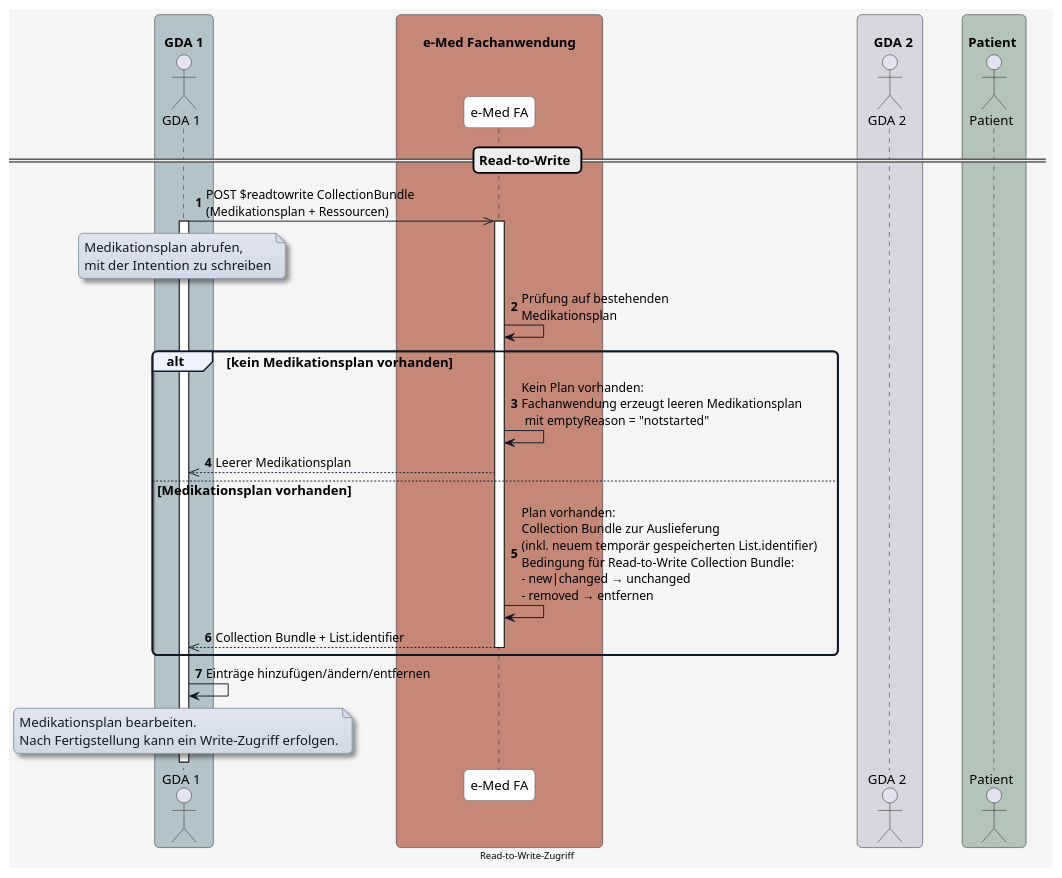
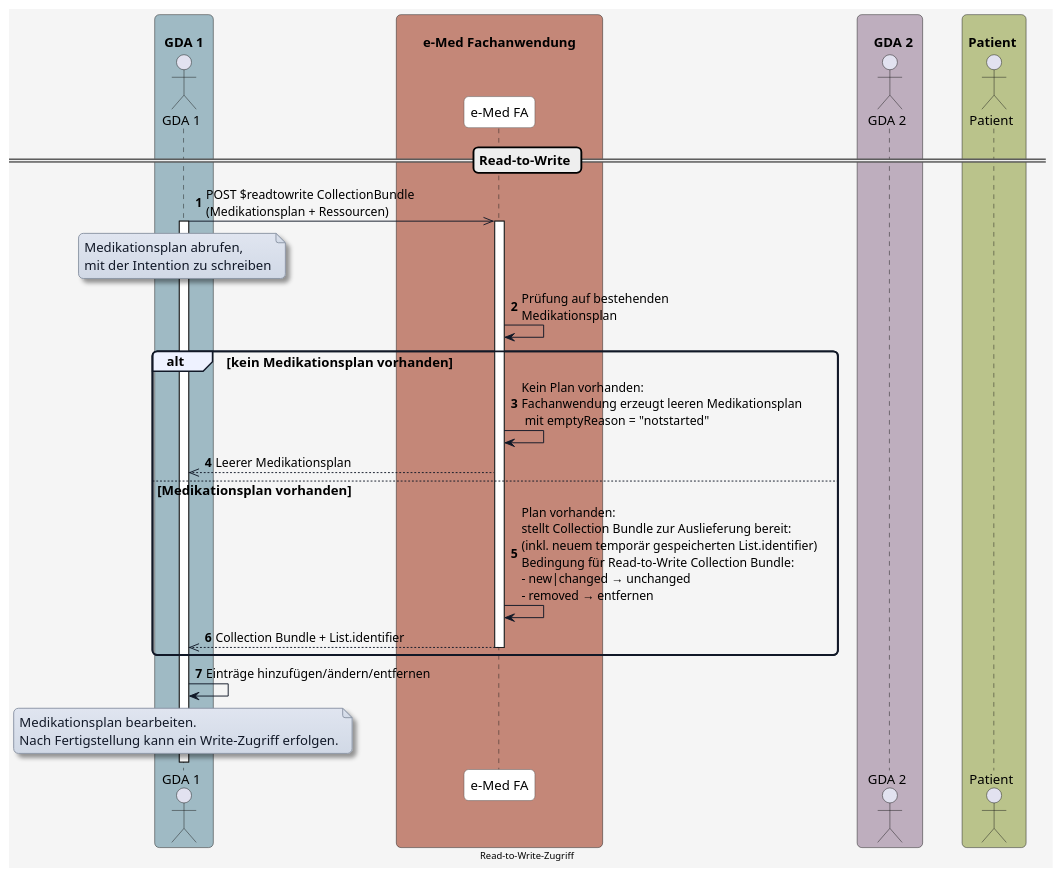
Before and after one commit to HL7Austria/ELGA-e-Medikation-R4: the diagram in input/images-source/diagram_readtowrite.plantuml, drawn with PlantUML. The commit also changed 13 other files, not shown here.

```diff
--- a/input/images-source/diagram_readtowrite.plantuml
+++ b/input/images-source/diagram_readtowrite.plantuml
@@ -1,94 +1,94 @@
 @startuml
 skinparam borderColor #000000
 skinparam backgroundColor #f5f5f5
 skinparam shadowing false
 skinparam roundCorner 10
 skinparam defaultFontName "Arial"
 skinparam defaultFontSize 14
 skinparam defaultFontColor #000000
 
 skinparam note {
   BackgroundColor #e0e5f0-#d1d9e6
   BorderColor #8b95a5
   BorderThickness 1
   RoundCorner 8
   Padding 6
   FontColor #111827
   Shadowing true
 }
 
 skinparam HyperlinkColor #0000EE
 skinparam HyperlinkUnderline false
 
 skinparam sequence {
   ParticipantBorderColor #555555
   ParticipantBackgroundColor #ffffff
   ParticipantFontColor #000000
   ParticipantFontSize 14
   ParticipantPadding 20
   ArrowColor #111827
   ArrowThickness 1
   ArrowFontColor #000000
   ArrowFontSize 13
   GroupBorderColor #111827
   GroupBackgroundColor #eef2ff
   GroupBorderThickness 2
 }
 
 skinparam BoxPadding 20
 skinparam BoxBorderColor #555555
 
-box "\n  GDA 1  " #b2c3c9
+box "\n  GDA 1  " #9fbac4
   actor GDA_1 as "GDA 1"
 end box
 
 box "\n       e-Med Fachanwendung       " #C48778
   participant eMed_FA as "e-Med FA"
 end box
 
-box "\n    GDA 2  " #D8D7E0
+box "\n    GDA 2  " #beaebe
   actor GDA_2 as "GDA 2"
 end box
 
-box "\n Patient  " #b3c4ba
+box "\n Patient  " #bac38b
   actor Patient as "Patient"
 end box
 
 
 autonumber
 
  
 == Read-to-Write ==
 
 GDA_1 ->> eMed_FA: POST $readtowrite CollectionBundle\n(Medikationsplan + Ressourcen)
 activate GDA_1
 
 note over GDA_1
 Medikationsplan abrufen, 
 mit der Intention zu schreiben
 end note
 
 activate eMed_FA
 eMed_FA -> eMed_FA: Prüfung auf bestehenden\nMedikationsplan
 
 alt kein Medikationsplan vorhanden
   eMed_FA -> eMed_FA: Kein Plan vorhanden:\nFachanwendung erzeugt leeren Medikationsplan\n mit emptyReason = "notstarted"
   eMed_FA -->> GDA_1: Leerer Medikationsplan
 
 else Medikationsplan vorhanden
-  eMed_FA -> eMed_FA: Plan vorhanden:\nCollection Bundle zur Auslieferung\n(inkl. neuem temporär gespeicherten List.identifier)\nBedingung für Read-to-Write Collection Bundle:\n- new|changed → unchanged\n- removed → entfernen
+  eMed_FA -> eMed_FA: Plan vorhanden:\nstellt Collection Bundle zur Auslieferung bereit:\n(inkl. neuem temporär gespeicherten List.identifier)\nBedingung für Read-to-Write Collection Bundle:\n- new|changed → unchanged\n- removed → entfernen
   eMed_FA -->> GDA_1: Collection Bundle + List.identifier
   deactivate eMed_FA
 end
 
 GDA_1 -> GDA_1: Einträge hinzufügen/ändern/entfernen
 
 note over GDA_1
 Medikationsplan bearbeiten.
 Nach Fertigstellung kann ein Write-Zugriff erfolgen.
 end note
 
 center footer Read-to-Write-Zugriff
 
 
 @enduml
```
